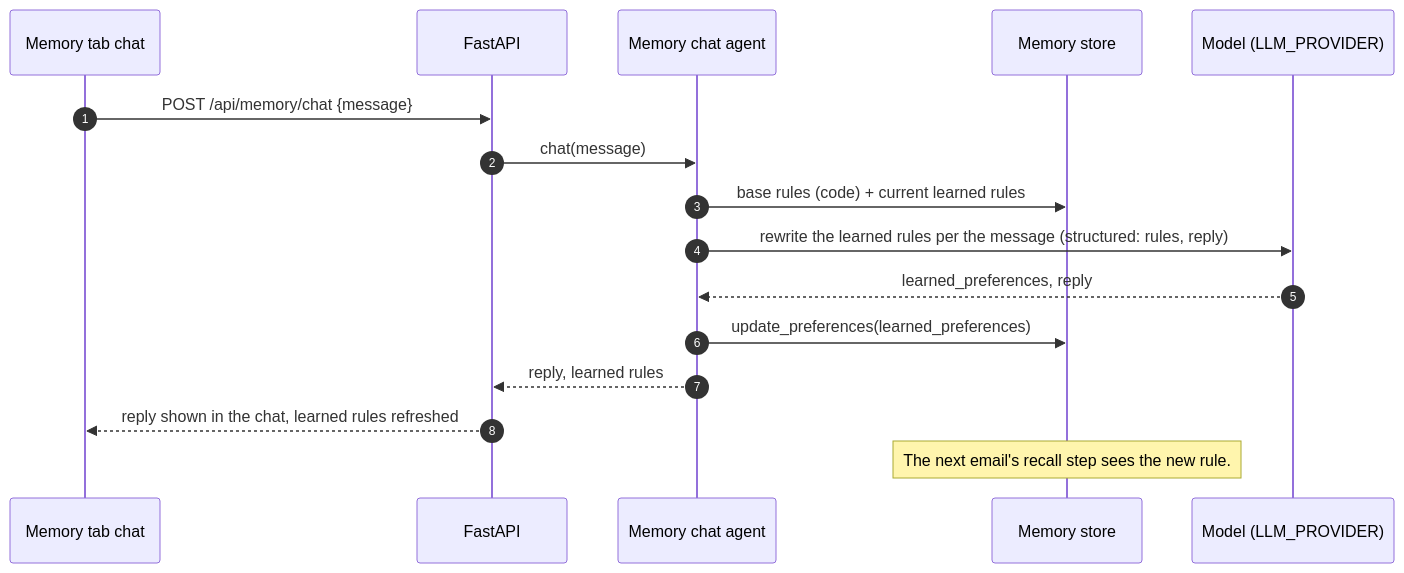
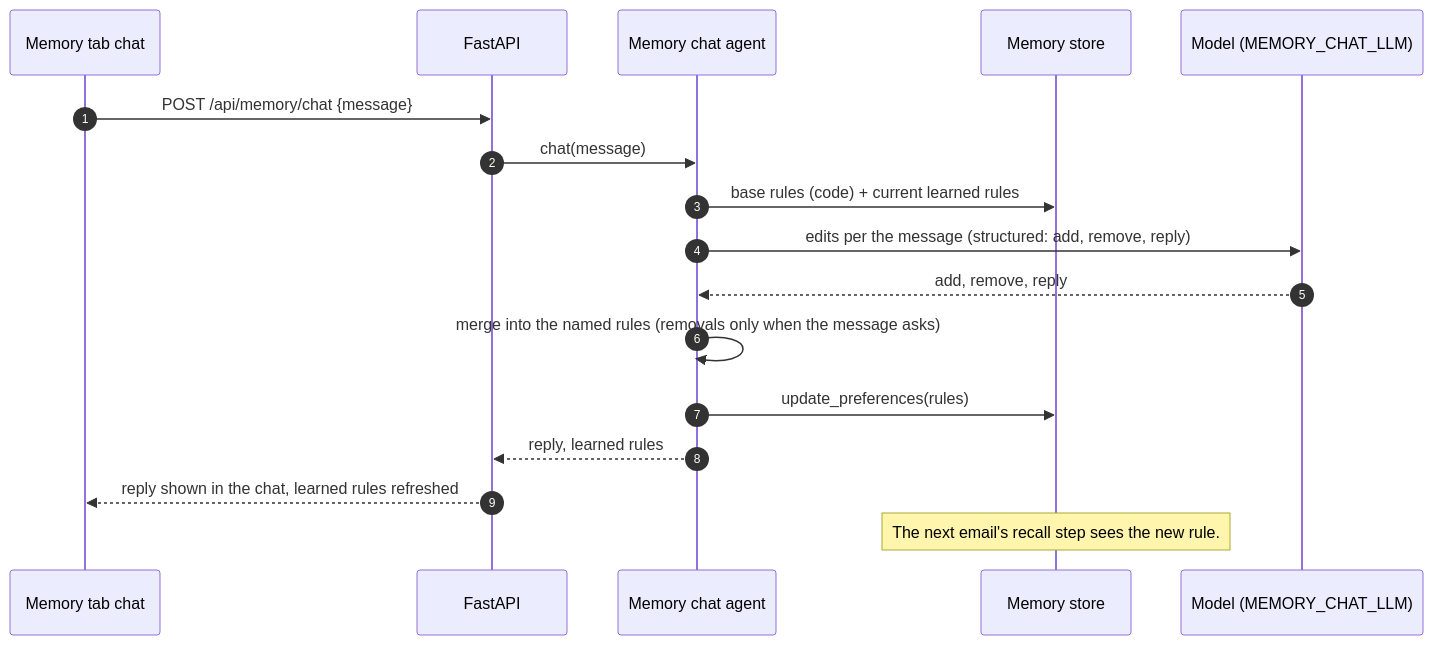
The diagram in docs/diagrams/seq-memory-chat.mmd (divakarmudunuri/MailboxPersonalAssistant), drawn with Mermaid before and after one commit. The commit also changed 59 other files, not shown here.

```diff
--- a/docs/diagrams/seq-memory-chat.mmd
+++ b/docs/diagrams/seq-memory-chat.mmd
@@ -1,17 +1,18 @@
 sequenceDiagram
     autonumber
     participant UI as Memory tab chat
     participant API as FastAPI
     participant C as Memory chat agent
     participant Mem as Memory store
-    participant LLM as Model (LLM_PROVIDER)
+    participant LLM as Model (MEMORY_CHAT_LLM)
 
     UI->>API: POST /api/memory/chat {message}
     API->>C: chat(message)
     C->>Mem: base rules (code) + current learned rules
-    C->>LLM: rewrite the learned rules per the message (structured: rules, reply)
-    LLM-->>C: learned_preferences, reply
-    C->>Mem: update_preferences(learned_preferences)
+    C->>LLM: edits per the message (structured: add, remove, reply)
+    LLM-->>C: add, remove, reply
+    C->>C: merge into the named rules (removals only when the message asks)
+    C->>Mem: update_preferences(rules)
     C-->>API: reply, learned rules
     API-->>UI: reply shown in the chat, learned rules refreshed
     Note over Mem: The next email's recall step sees the new rule.
```
